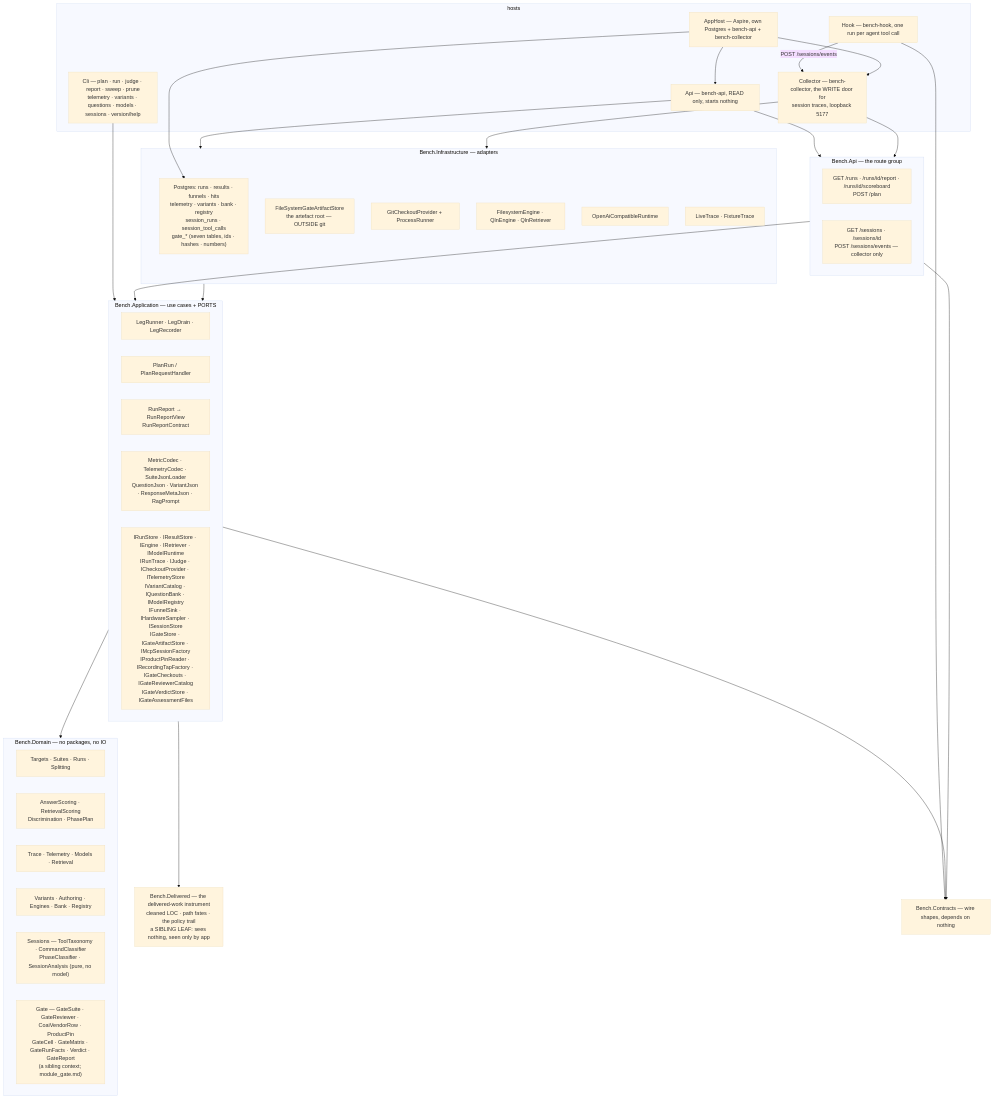
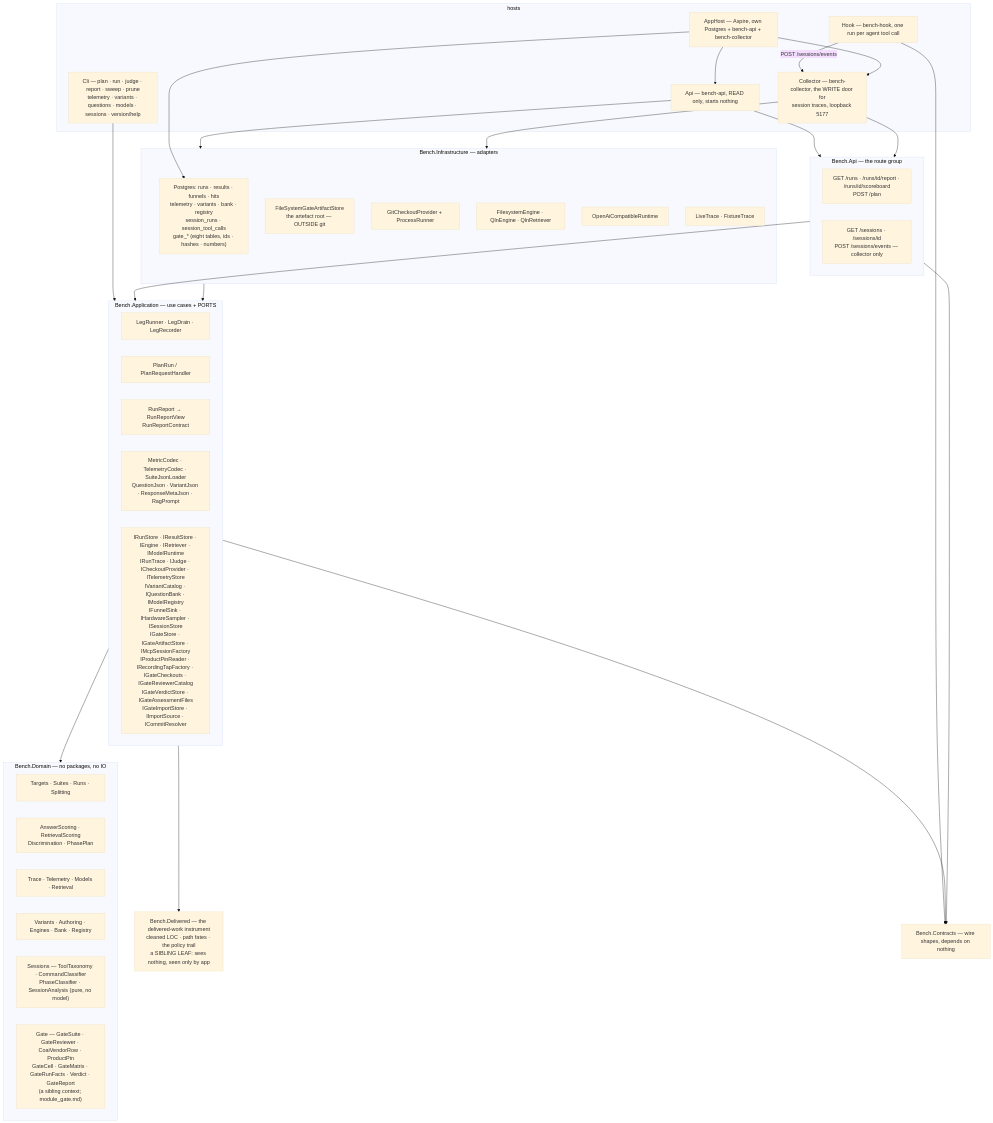
Before and after one commit to oleksandrdubyna88/dew_flow_benchmark: the first of 2 diagrams in research/architecture.md, drawn with Mermaid (base theme). The commit also changed other lines of this file and 49 other files, not shown here.

````diff
--- a/research/architecture.md
+++ b/research/architecture.md
@@ -19,56 +19,56 @@
 ```mermaid
 flowchart TB
     subgraph hosts["hosts"]
         cli["Cli — plan · run · judge · report · sweep · prune<br/>telemetry · variants · questions · models · sessions · version/help"]
         apihost["Api — bench-api, READ only, starts nothing"]
         collector["Collector — bench-collector, the WRITE door for<br/>session traces, loopback 5177"]
         hook["Hook — bench-hook, one run per agent tool call"]
         apphost["AppHost — Aspire, own Postgres + bench-api + bench-collector"]
     end
     subgraph api["Bench.Api — the route group"]
         routes["GET /runs · /runs/id/report · /runs/id/scoreboard<br/>POST /plan"]
         sessionroutes["GET /sessions · /sessions/id<br/>POST /sessions/events — collector only"]
     end
     subgraph app["Bench.Application — use cases + PORTS"]
         runner["LegRunner · LegDrain · LegRecorder"]
         plan["PlanRun / PlanRequestHandler"]
         report["RunReport → RunReportView<br/>RunReportContract"]
         codecs["MetricCodec · TelemetryCodec · SuiteJsonLoader<br/>QuestionJson · VariantJson · ResponseMetaJson · RagPrompt"]
-        ports["IRunStore · IResultStore · IEngine · IRetriever · IModelRuntime<br/>IRunTrace · IJudge · ICheckoutProvider · ITelemetryStore<br/>IVariantCatalog · IQuestionBank · IModelRegistry<br/>IFunnelSink · IHardwareSampler · ISessionStore<br/>IGateStore · IGateArtifactStore · IMcpSessionFactory<br/>IProductPinReader · IRecordingTapFactory · IGateCheckouts · IGateReviewerCatalog<br/>IGateVerdictStore · IGateAssessmentFiles"]
+        ports["IRunStore · IResultStore · IEngine · IRetriever · IModelRuntime<br/>IRunTrace · IJudge · ICheckoutProvider · ITelemetryStore<br/>IVariantCatalog · IQuestionBank · IModelRegistry<br/>IFunnelSink · IHardwareSampler · ISessionStore<br/>IGateStore · IGateArtifactStore · IMcpSessionFactory<br/>IProductPinReader · IRecordingTapFactory · IGateCheckouts · IGateReviewerCatalog<br/>IGateVerdictStore · IGateAssessmentFiles<br/>IGateImportStore · IImportSource · ICommitResolver"]
     end
     subgraph dom["Bench.Domain — no packages, no IO"]
         contract["Targets · Suites · Runs · Splitting"]
         scoring["AnswerScoring · RetrievalScoring<br/>Discrimination · PhasePlan"]
         obs["Trace · Telemetry · Models · Retrieval"]
         axes["Variants · Authoring · Engines · Bank · Registry"]
         sessions["Sessions — ToolTaxonomy · CommandClassifier<br/>PhaseClassifier · SessionAnalysis (pure, no model)"]
         gate["Gate — GateSuite · GateReviewer · CoaiVendorRow · ProductPin<br/>GateCell · GateMatrix · GateRunFacts · Verdict · GateReport<br/>(a sibling context; module_gate.md)"]
     end
     subgraph infra["Bench.Infrastructure — adapters"]
-        pg["Postgres: runs · results · funnels · hits<br/>telemetry · variants · bank · registry<br/>session_runs · session_tool_calls<br/>gate_* (seven tables, ids · hashes · numbers)"]
+        pg["Postgres: runs · results · funnels · hits<br/>telemetry · variants · bank · registry<br/>session_runs · session_tool_calls<br/>gate_* (eight tables, ids · hashes · numbers)"]
         artroot["FileSystemGateArtifactStore<br/>the artefact root — OUTSIDE git"]
         git["GitCheckoutProvider + ProcessRunner"]
         eng["FilesystemEngine · QlnEngine · QlnRetriever"]
         rt["OpenAiCompatibleRuntime"]
         tr["LiveTrace · FixtureTrace"]
     end
     contracts["Bench.Contracts — wire shapes, depends on nothing"]
     delivered["Bench.Delivered — the delivered-work instrument<br/>cleaned LOC · path fates · the policy trail<br/>a SIBLING LEAF: sees nothing, seen only by app"]
 
     cli --> app
     apihost --> api
     apihost --> infra
     collector --> api
     collector --> infra
     hook -- "POST /sessions/events" --> collector
     api --> app
     apphost --> pg
     apphost --> apihost
     apphost --> collector
     app --> dom
     app --> delivered
     infra --> app
     app --> contracts
     api --> contracts
     hook --> contracts
 ```
````
